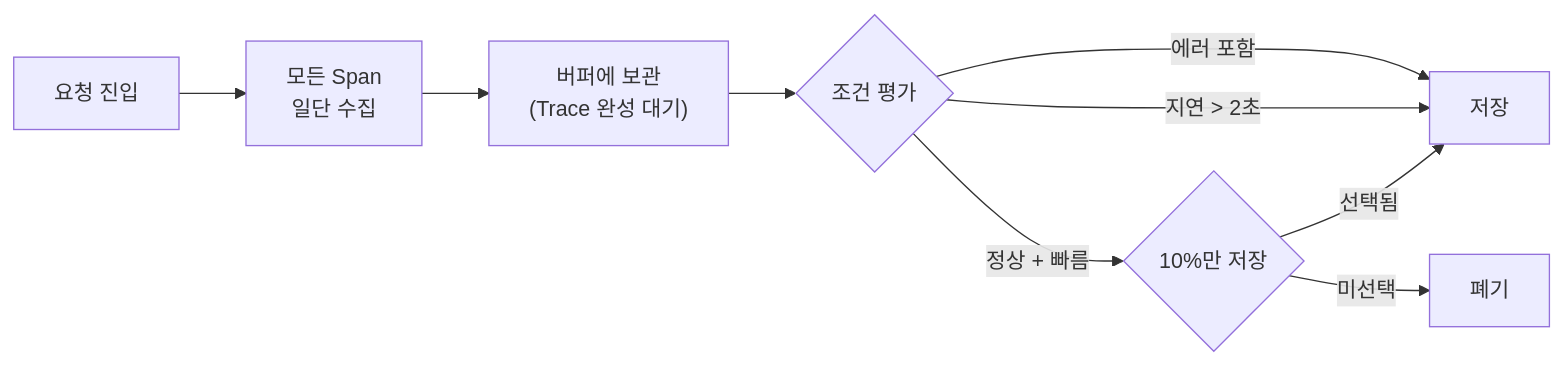
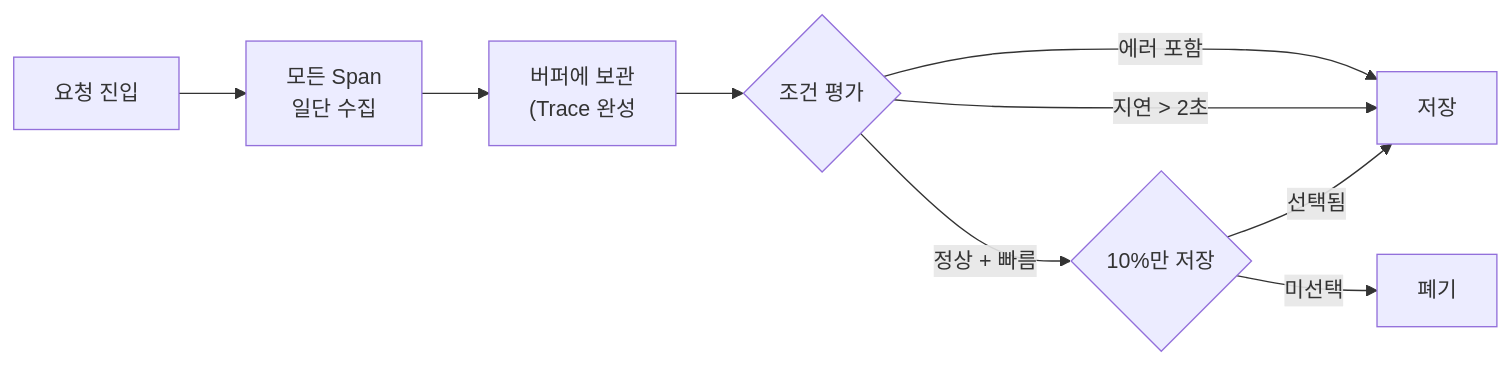
One commit to yjkim2015/yjkim2015.github.io changed the seventh of 7 diagrams in _posts/monitoring/2026-05-03-distributed-tracing.md. Above: the diagram before and after it, drawn with Mermaid. The commit also changed other lines of this file and 271 other files, not shown here.

First line of the commit message:
Mermaid 라벨 축소: 긴 노드 텍스트 18자 이하로 트림 + \n 제거

````diff
--- a/_posts/monitoring/2026-05-03-distributed-tracing.md
+++ b/_posts/monitoring/2026-05-03-distributed-tracing.md
@@ -430,11 +430,11 @@
 ```mermaid
 graph LR
     REQ["요청 진입"] --> COLLECT["모든 Span\n일단 수집"]
-    COLLECT --> BUFFER["버퍼에 보관\n(Trace 완성 대기)"]
+    COLLECT --> BUFFER["버퍼에 보관\n(Trace 완성"]
     BUFFER --> EVAL{"조건 평가"}
     EVAL -->|"에러 포함"| KEEP["저장"]
     EVAL -->|"지연 > 2초"| KEEP
     EVAL -->|"정상 + 빠름"| SAMPLE{"10%만 저장"}
     SAMPLE -->|"선택됨"| KEEP
     SAMPLE -->|"미선택"| DROP["폐기"]
 ```
````
